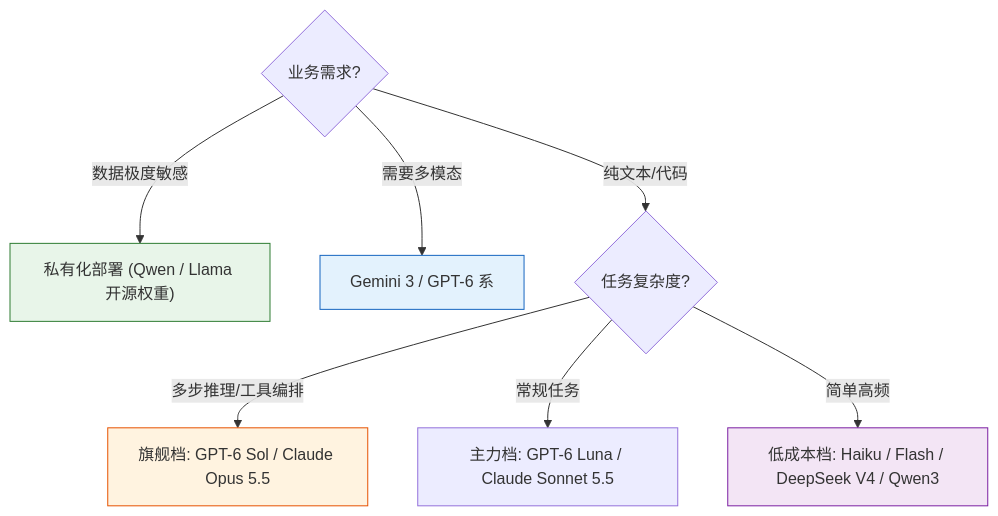
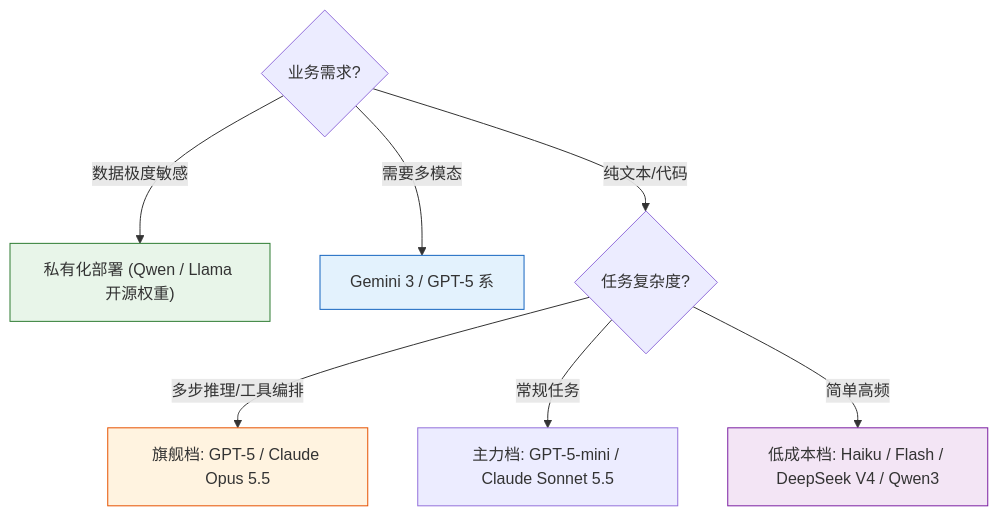
Before and after one commit to KMaybe01/interview-demo: the fourth of 25 diagrams in docs/S5-AI/01-实战篇/07-技术选型对比合集.md, drawn with Mermaid. The commit also changed other lines of this file and 24 other files, not shown here.

````diff
--- a/docs/S5-AI/01-实战篇/07-技术选型对比合集.md
+++ b/docs/S5-AI/01-实战篇/07-技术选型对比合集.md
@@ -325,18 +325,18 @@
 ```mermaid
 graph TD
     Start{业务需求?} -->|数据极度敏感| Private["私有化部署 (Qwen / Llama 开源权重)"]
-    Start -->|需要多模态| Multi[Gemini 3 / GPT-6 系]
+    Start -->|需要多模态| Multi[Gemini 3 / GPT-5 系]
     Start -->|纯文本/代码| Text{任务复杂度?}
-    Text -->|多步推理/工具编排| High[旗舰档: GPT-6 Sol / Claude Opus 5.5]
-    Text -->|常规任务| Mid[主力档: GPT-6 Luna / Claude Sonnet 5.5]
+    Text -->|多步推理/工具编排| High[旗舰档: GPT-5 / Claude Opus 5.5]
+    Text -->|常规任务| Mid[主力档: GPT-5-mini / Claude Sonnet 5.5]
     Text -->|简单高频| Low[低成本档: Haiku / Flash / DeepSeek V4 / Qwen3]
 
     classDef secure fill:#e8f5e9,stroke:#2e7d32;
     classDef multi fill:#e3f2fd,stroke:#1565c0;
     classDef high fill:#fff3e0,stroke:#e65100;
     classDef low fill:#f3e5f5,stroke:#7b1fa2;
     class Private secure;
     class Multi multi;
     class High high;
     class Low low;
 ```
````
